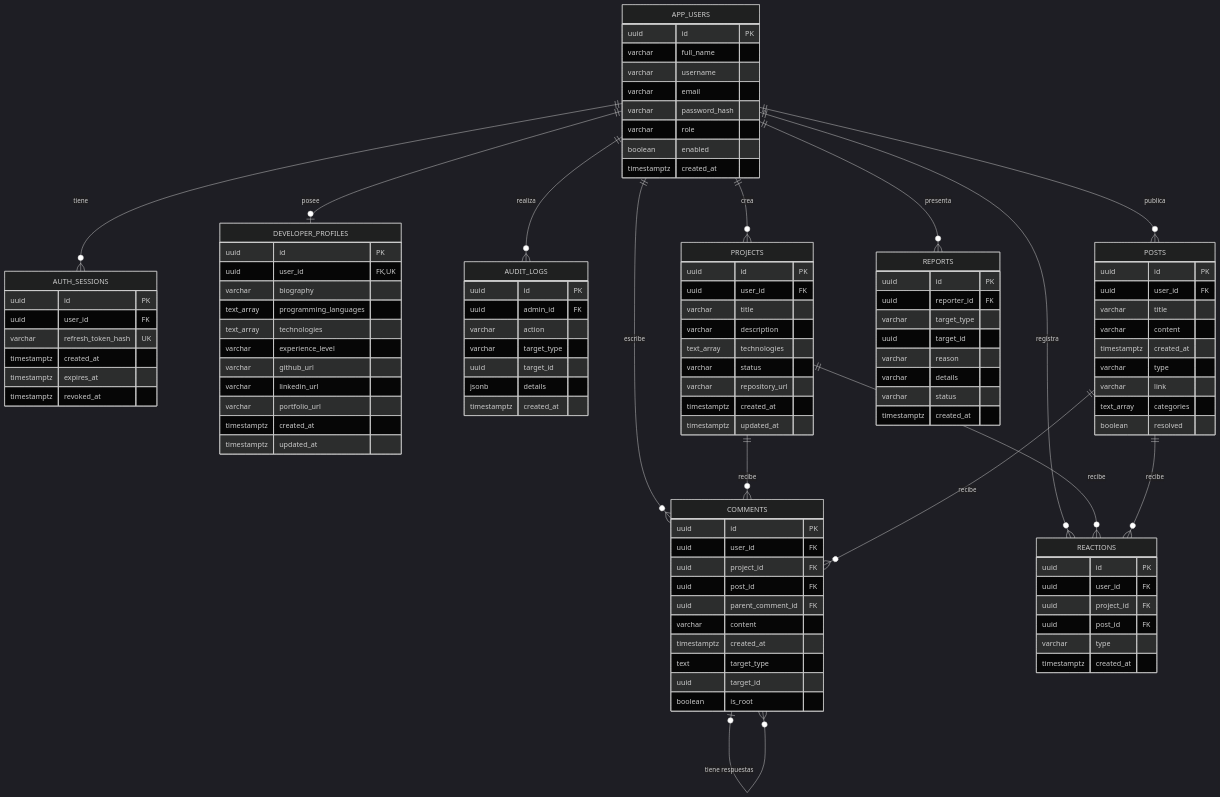
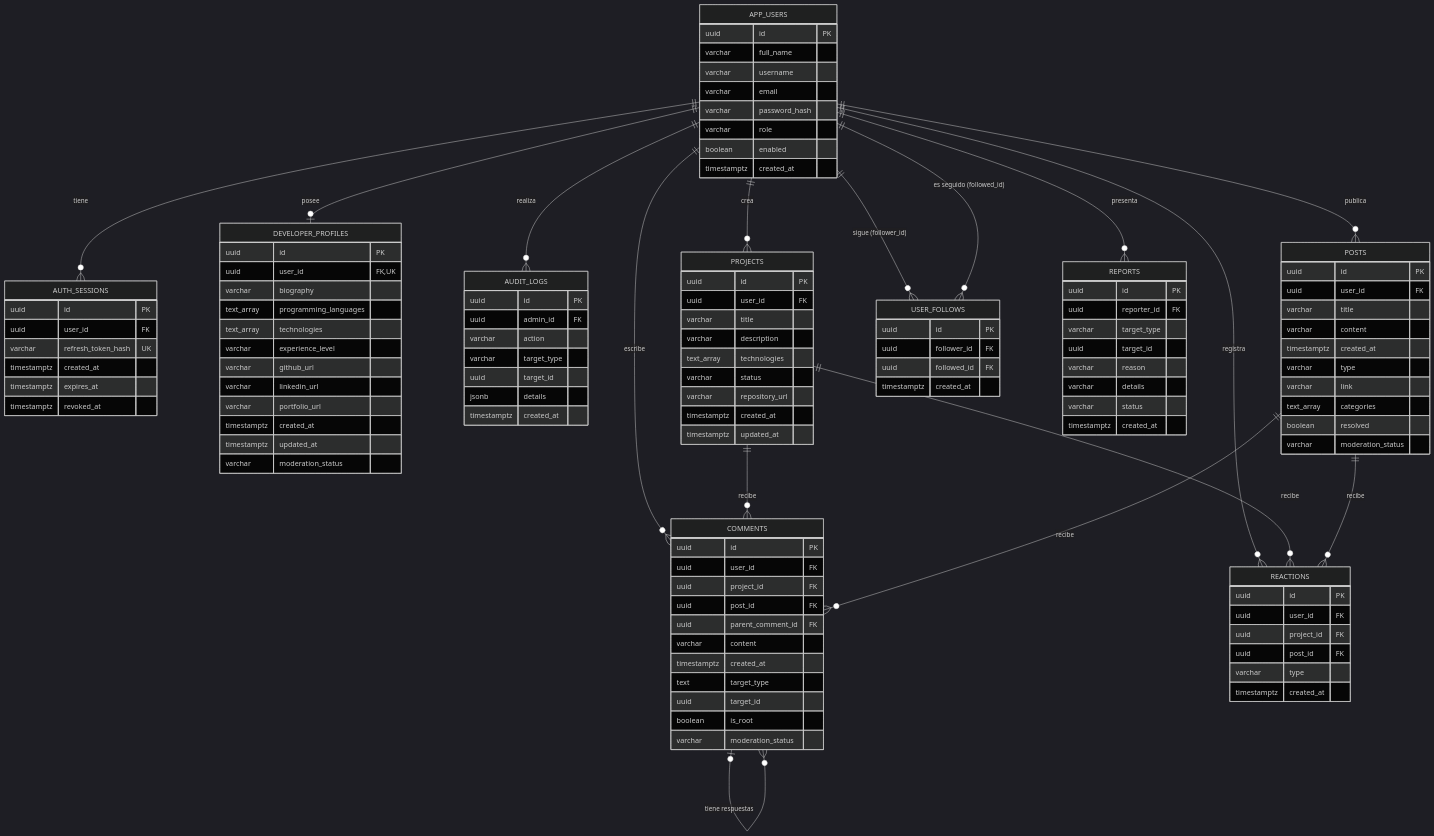
The diagram in docs/modelo-entidad-relacion.md (dipper-ing/EAV02-Bases-De-Datos), drawn with Mermaid (dark theme) before and after one commit. The commit also changed other lines of this file and 2 other files, not shown here.

Commit message:
docs: actualizar MER, modelo fisico, seguridad, volumen y analisis a V15

````diff
--- a/docs/modelo-entidad-relacion.md
+++ b/docs/modelo-entidad-relacion.md
@@ -17,237 +17,131 @@
 ```mermaid
-
 erDiagram
-
     APP_USERS {
-
         uuid id PK
-
         varchar full_name
-
         varchar username
-
         varchar email
-
         varchar password_hash
-
         varchar role
-
         boolean enabled
-
         timestamptz created_at
-
     }
 
-
-
     AUTH_SESSIONS {
-
         uuid id PK
-
         uuid user_id FK
-
         varchar refresh_token_hash UK
-
         timestamptz created_at
-
         timestamptz expires_at
-
         timestamptz revoked_at
-
     }
 
-
-
     DEVELOPER_PROFILES {
-
         uuid id PK
-
         uuid user_id FK,UK
-
         varchar biography
-
         text_array programming_languages
-
         text_array technologies
-
         varchar experience_level
-
         varchar github_url
-
         varchar linkedin_url
-
         varchar portfolio_url
-
         timestamptz created_at
-
         timestamptz updated_at
-
+        varchar moderation_status
     }
 
-
-
     AUDIT_LOGS {
-
         uuid id PK
-
         uuid admin_id FK
-
         varchar action
-
         varchar target_type
-
         uuid target_id
-
         jsonb details
-
         timestamptz created_at
-
     }
 
-
-
     PROJECTS {
-
         uuid id PK
-
         uuid user_id FK
-
         varchar title
-
         varchar description
-
         text_array technologies
-
         varchar status
-
         varchar repository_url
-
         timestamptz created_at
-
         timestamptz updated_at
-
     }
 
-
-
     POSTS {
-
         uuid id PK
-
         uuid user_id FK
-
         varchar title
-
         varchar content
-
         timestamptz created_at
-
         varchar type
-
         varchar link
-
         text_array categories
-
         boolean resolved
-
+        varchar moderation_status
     }
 
-
-
     COMMENTS {
-
         uuid id PK
-
         uuid user_id FK
-
         uuid project_id FK
-
         uuid post_id FK
-
         uuid parent_comment_id FK
-
         varchar content
-
         timestamptz created_at
-
         text target_type
-
         uuid target_id
-
         boolean is_root
-
+        varchar moderation_status
     }
 
-
-
     REACTIONS {
-
         uuid id PK
-
         uuid user_id FK
-
         uuid project_id FK
-
         uuid post_id FK
-
         varchar type
-
         timestamptz created_at
-
     }
 
-
+    USER_FOLLOWS {
+        uuid id PK
+        uuid follower_id FK
+        uuid followed_id FK
+        timestamptz created_at
+    }
 
     REPORTS {
-
         uuid id PK
-
         uuid reporter_id FK
-
         varchar target_type
-
         uuid target_id
-
         varchar reason
-
         varchar details
-
         varchar status
-
         timestamptz created_at
-
     }
 
-
-
     APP_USERS ||--o{ AUTH_SESSIONS : "tiene"
-
     APP_USERS ||--o| DEVELOPER_PROFILES : "posee"
-
     APP_USERS ||--o{ AUDIT_LOGS : "realiza"
-
     APP_USERS ||--o{ PROJECTS : "crea"
-
     APP_USERS ||--o{ POSTS : "publica"
-
     APP_USERS ||--o{ COMMENTS : "escribe"
-
     APP_USERS ||--o{ REACTIONS : "registra"
-
     APP_USERS ||--o{ REPORTS : "presenta"
-
-
+    APP_USERS ||--o{ USER_FOLLOWS : "sigue (follower_id)"
+    APP_USERS ||--o{ USER_FOLLOWS : "es seguido (followed_id)"
 
     PROJECTS ||--o{ COMMENTS : "recibe"
-
     POSTS ||--o{ COMMENTS : "recibe"
-
     COMMENTS o|--o{ COMMENTS : "tiene respuestas"
 
-
-
     PROJECTS ||--o{ REACTIONS : "recibe"
-
     POSTS ||--o{ REACTIONS : "recibe"
-
 ```
````
